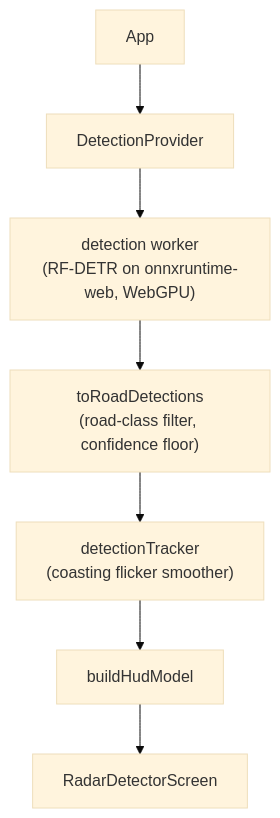
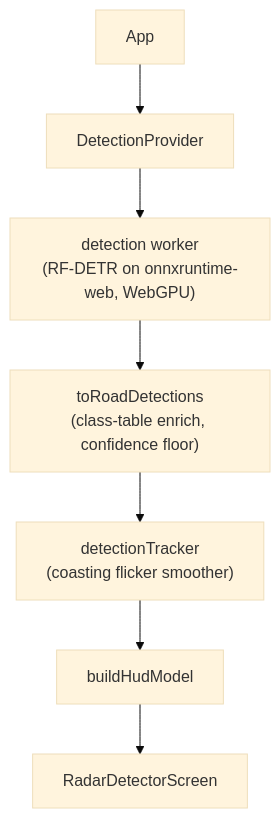
The diagram in docs/TRD.md (tuxracer/dashradar-app), drawn with Mermaid (base theme) before and after one commit. The commit also changed other lines of this file, not shown here.

Commit message:
Fix two stale TRD passages from the multi-class review
The architecture diagram still called toRoadDetections a road-class
filter after the allowlist was removed, and the police_detected
telemetry row still described the debounce as police-specific instead
of any detection.

````diff
--- a/docs/TRD.md
+++ b/docs/TRD.md
@@ -35,9 +35,9 @@
 ```mermaid
 flowchart TB
     App --> DP[DetectionProvider]
     DP --> W["detection worker<br>(RF-DETR on onnxruntime-web, WebGPU)"]
-    W --> F["toRoadDetections<br>(road-class filter, confidence floor)"]
+    W --> F["toRoadDetections<br>(class-table enrich, confidence floor)"]
     F --> T["detectionTracker<br>(coasting flicker smoother)"]
     T --> H[buildHudModel]
     H --> R[RadarDetectorScreen]
 ```
````
